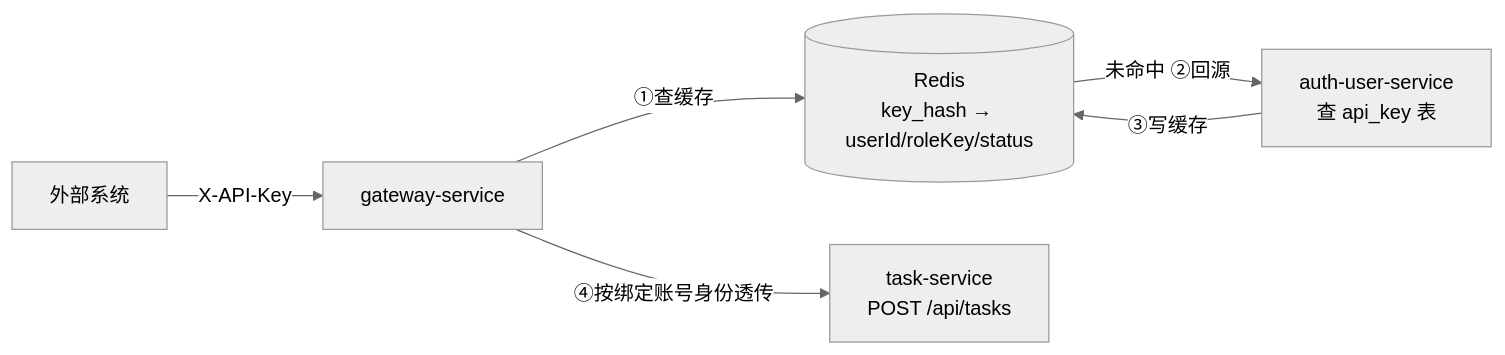
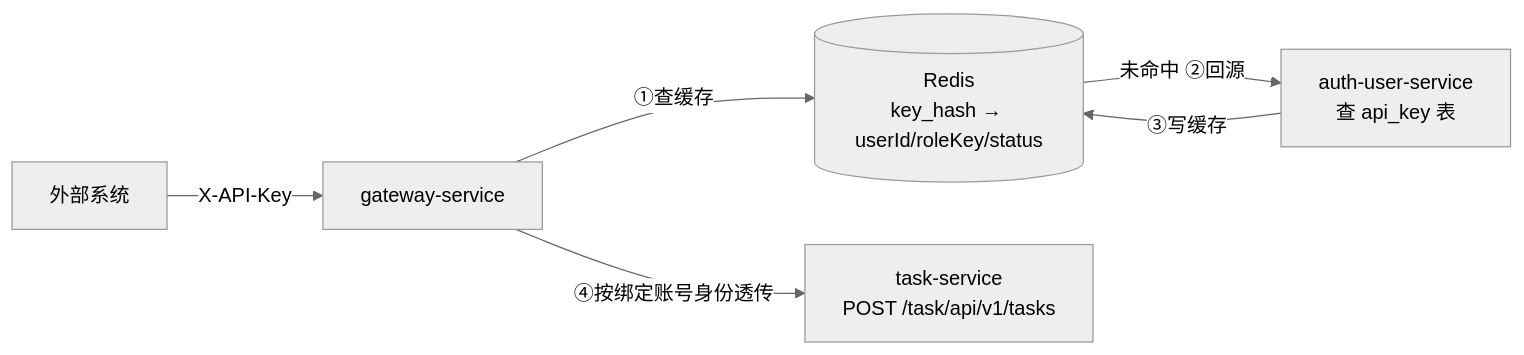
Before and after one commit to Mosslau/TaskFlow: the second of 3 diagrams in docs/架构设计文档-v1.0.md, drawn with Mermaid (neutral theme). The commit also changed other lines of this file and 1 other file, not shown here.

Commit message:
docs: 接口路径统一为 /{服务模块}/api/v1/ 形式（模块前缀 + 版本号），架构文档同步

````diff
--- a/docs/架构设计文档-v1.0.md
+++ b/docs/架构设计文档-v1.0.md
@@ -136,8 +136,8 @@
 ```mermaid
 flowchart LR
     Ext[外部系统] -->|X-API-Key| GW[gateway-service]
     GW -->|①查缓存| Redis[(Redis<br/>key_hash → userId/roleKey/status)]
     Redis -->|未命中 ②回源| AU[auth-user-service<br/>查 api_key 表]
     AU -->|③写缓存| Redis
-    GW -->|④按绑定账号身份透传| TS[task-service<br/>POST /api/tasks]
+    GW -->|④按绑定账号身份透传| TS[task-service<br/>POST /task/api/v1/tasks]
 ```
````
